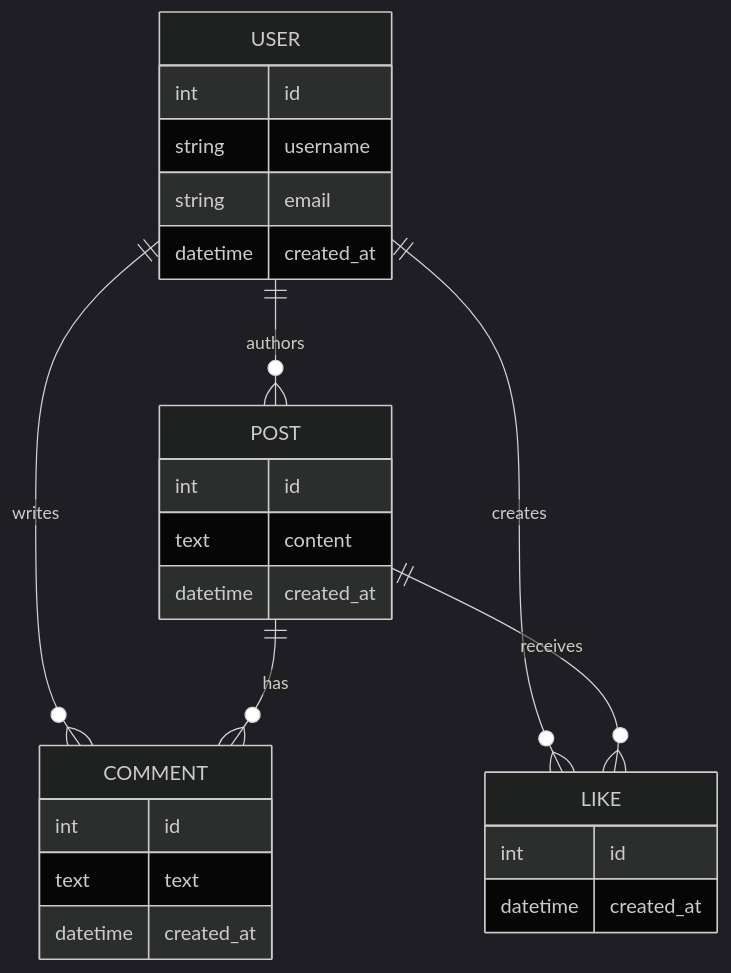
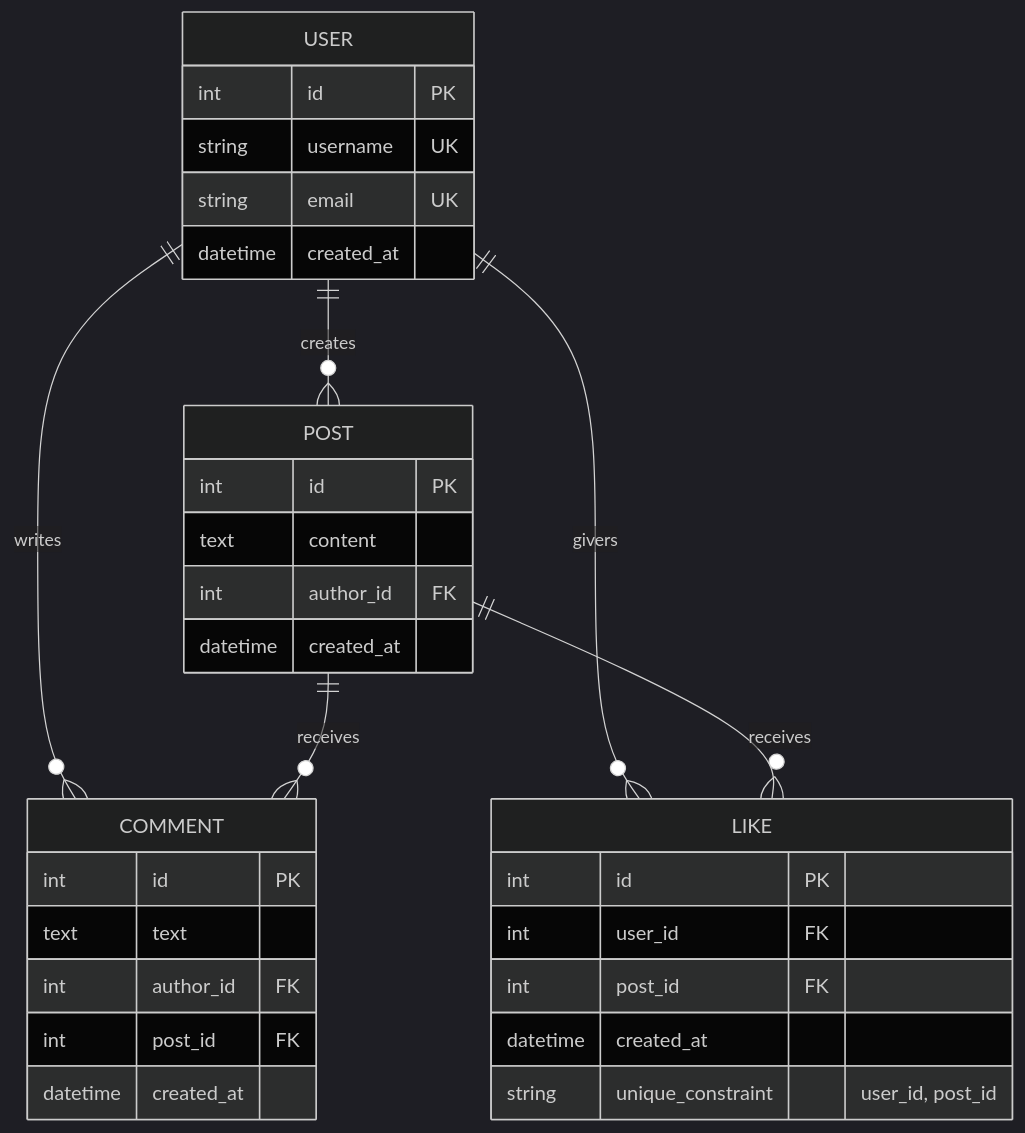
Before and after one commit to ShakiraCasusi/Connectly: the first of 5 diagrams in README.md, drawn with Mermaid (dark theme). The commit also changed other lines of this file, not shown here.

````diff
--- a/README.md
+++ b/README.md
@@ -485,33 +73,38 @@
 ```mermaid
 erDiagram
-  USER ||--o{ POST : authors
-  USER ||--o{ COMMENT : writes
-  POST ||--o{ COMMENT : has
+    USER ||--o{ POST : creates
+    USER ||--o{ COMMENT : writes
+    USER ||--o{ LIKE : givers
+    POST ||--o{ COMMENT : receives
+    POST ||--o{ LIKE : receives
 
-  USER ||--o{ LIKE : creates
-  POST ||--o{ LIKE : receives
+    USER {
+        int id PK
+        string username UK
+        string email UK
+        datetime created_at
+    }
 
-  USER {
-    int id
-    string username
-    string email
-    datetime created_at
-  }
+    POST {
+        int id PK
+        text content
+        int author_id FK
+        datetime created_at
+    }
 
-  POST {
-    int id
-    text content
-    datetime created_at
-  }
+    COMMENT {
+        int id PK
+        text text
+        int author_id FK
+        int post_id FK
+        datetime created_at
+    }
 
-  COMMENT {
-    int id
-    text text
-    datetime created_at
-  }
-
-  LIKE {
-    int id
-    datetime created_at
-  }
+    LIKE {
+        int id PK
+        int user_id FK
+        int post_id FK
+        datetime created_at
+        string unique_constraint "user_id, post_id"
+    }
 ```
````
